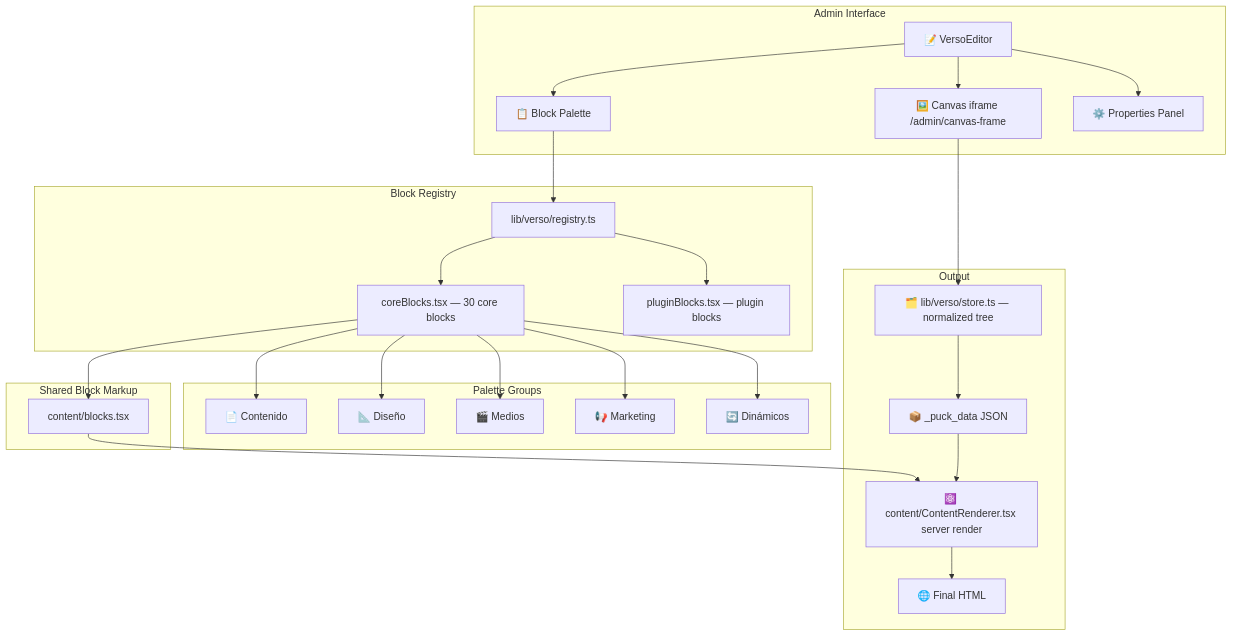
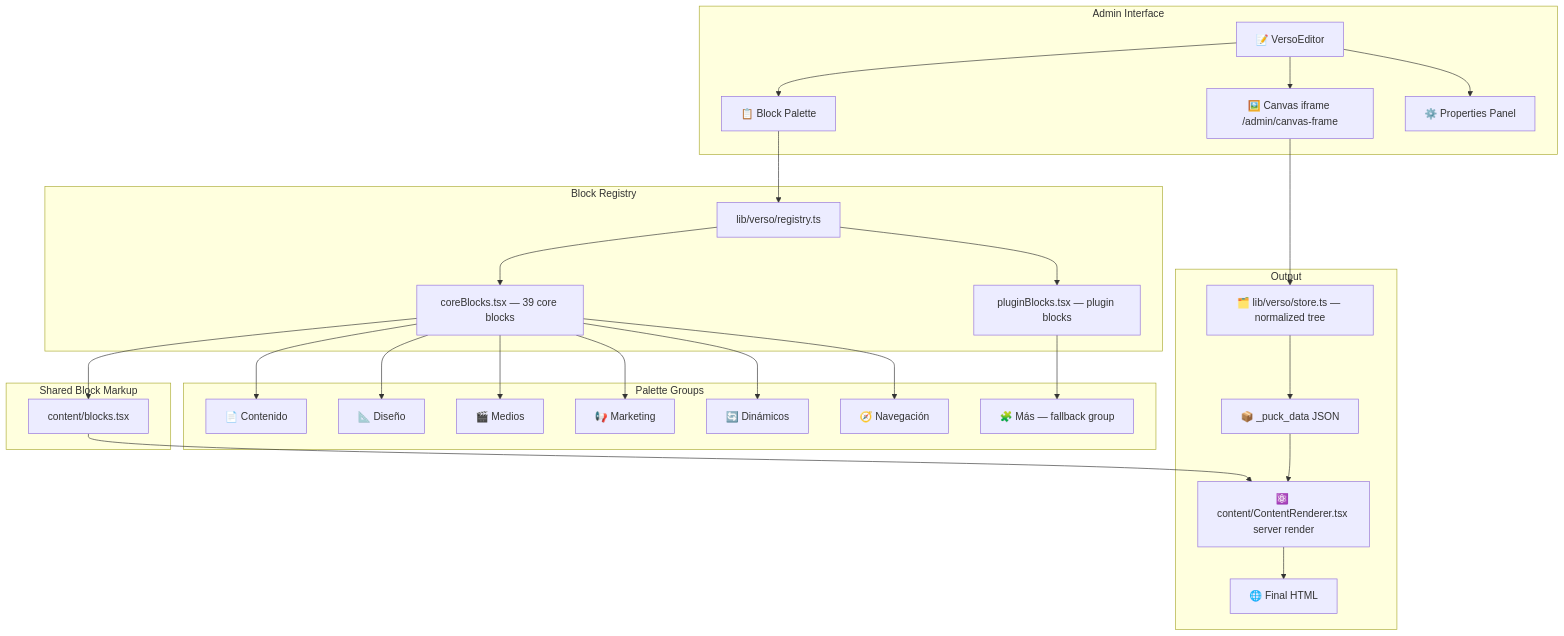
The fifth of 11 diagrams in documentation/architecture.md (jaimemartinez/wordjs), drawn with Mermaid before and after one commit. The commit also changed other lines of this file and 53 other files, not shown here.

````diff
--- a/documentation/architecture.md
+++ b/documentation/architecture.md
@@ -257,52 +257,56 @@
 ```mermaid
 graph TB
     subgraph "Admin Interface"
         Editor[📝 VersoEditor]
         Palette[📋 Block Palette]
         Canvas[🖼️ Canvas iframe /admin/canvas-frame]
         Props[⚙️ Properties Panel]
     end
 
     subgraph "Block Registry"
         Registry[lib/verso/registry.ts]
-        Core[coreBlocks.tsx — 30 core blocks]
+        Core[coreBlocks.tsx — 39 core blocks]
         Plugins[pluginBlocks.tsx — plugin blocks]
     end
 
     subgraph "Shared Block Markup"
         Blocks[content/blocks.tsx]
     end
 
     subgraph "Palette Groups"
         Content[📄 Contenido]
         Layout[📐 Diseño]
         Media[🎬 Medios]
         Marketing[📢 Marketing]
         Dynamic[🔄 Dinámicos]
+        Nav[🧭 Navegación]
+        Fallback[🧩 Más — fallback group]
     end
 
     subgraph "Output"
         Store[🗂️ lib/verso/store.ts — normalized tree]
         DocData[📦 _puck_data JSON]
         Render[⚛️ content/ContentRenderer.tsx server render]
         HTML[🌐 Final HTML]
     end
 
     Editor --> Palette
     Editor --> Canvas
     Editor --> Props
     Palette --> Registry
     Registry --> Core
     Registry --> Plugins
     Core --> Blocks
     Blocks --> Render
     Core --> Content
     Core --> Layout
     Core --> Media
     Core --> Marketing
     Core --> Dynamic
+    Core --> Nav
+    Plugins --> Fallback
     Canvas --> Store
     Store --> DocData
     DocData --> Render
     Render --> HTML
 ```
````
